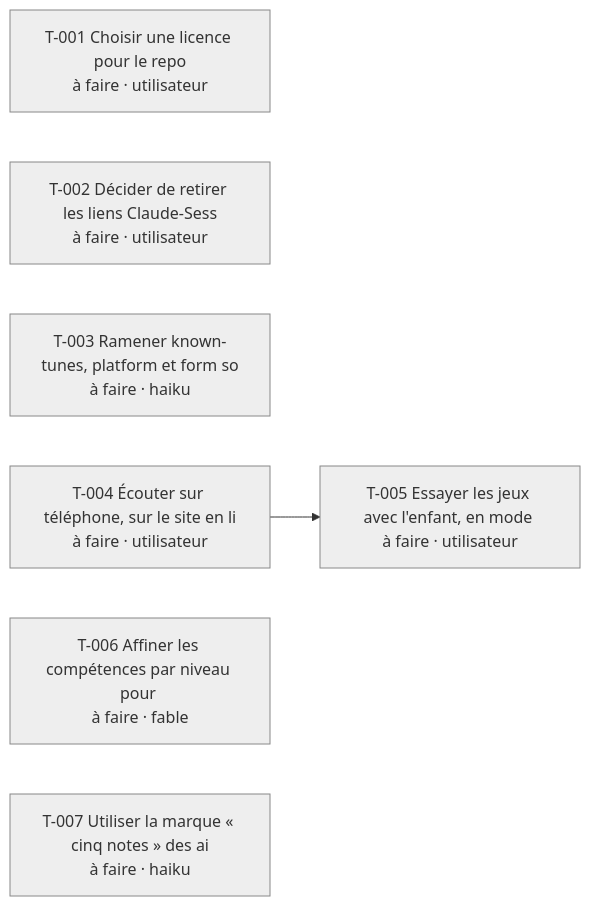
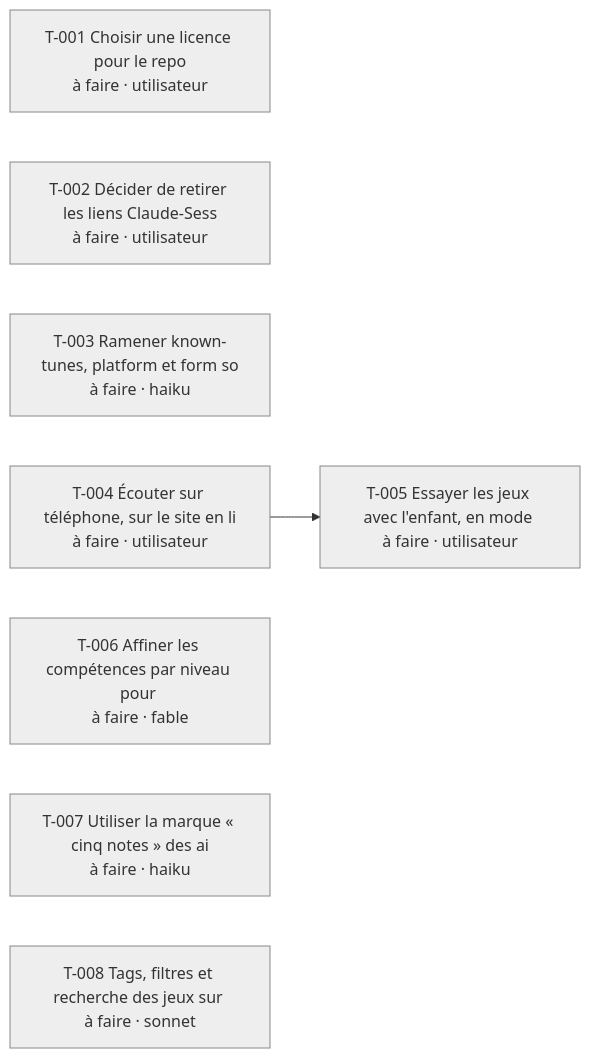
Before and after one commit to dasch0682/music-learnin: the diagram in docs/project/BOARD.md, drawn with Mermaid. The commit also changed other lines of this file and 3 other files, not shown here.

````diff
--- a/docs/project/BOARD.md
+++ b/docs/project/BOARD.md
@@ -17,16 +18,17 @@
 ```mermaid
 flowchart LR
   T001["T-001 Choisir une licence pour le repo<br/>à faire · utilisateur"]:::todo
   T002["T-002 Décider de retirer les liens Claude-Sess<br/>à faire · utilisateur"]:::todo
   T003["T-003 Ramener known-tunes, platform et form so<br/>à faire · haiku"]:::todo
   T004["T-004 Écouter sur téléphone, sur le site en li<br/>à faire · utilisateur"]:::todo
   T005["T-005 Essayer les jeux avec l'enfant, en mode <br/>à faire · utilisateur"]:::todo
   T004 --> T005
   T006["T-006 Affiner les compétences par niveau pour <br/>à faire · fable"]:::todo
   T007["T-007 Utiliser la marque « cinq notes » des ai<br/>à faire · haiku"]:::todo
+  T008["T-008 Tags, filtres et recherche des jeux sur <br/>à faire · sonnet"]:::todo
   classDef done fill:#d8f0d8,stroke:#4a4
   classDef doing fill:#fff2cc,stroke:#c90
   classDef review fill:#dde8ff,stroke:#46c
   classDef blocked fill:#ffd9d9,stroke:#c44
   classDef todo fill:#eee,stroke:#888
 ```
````
